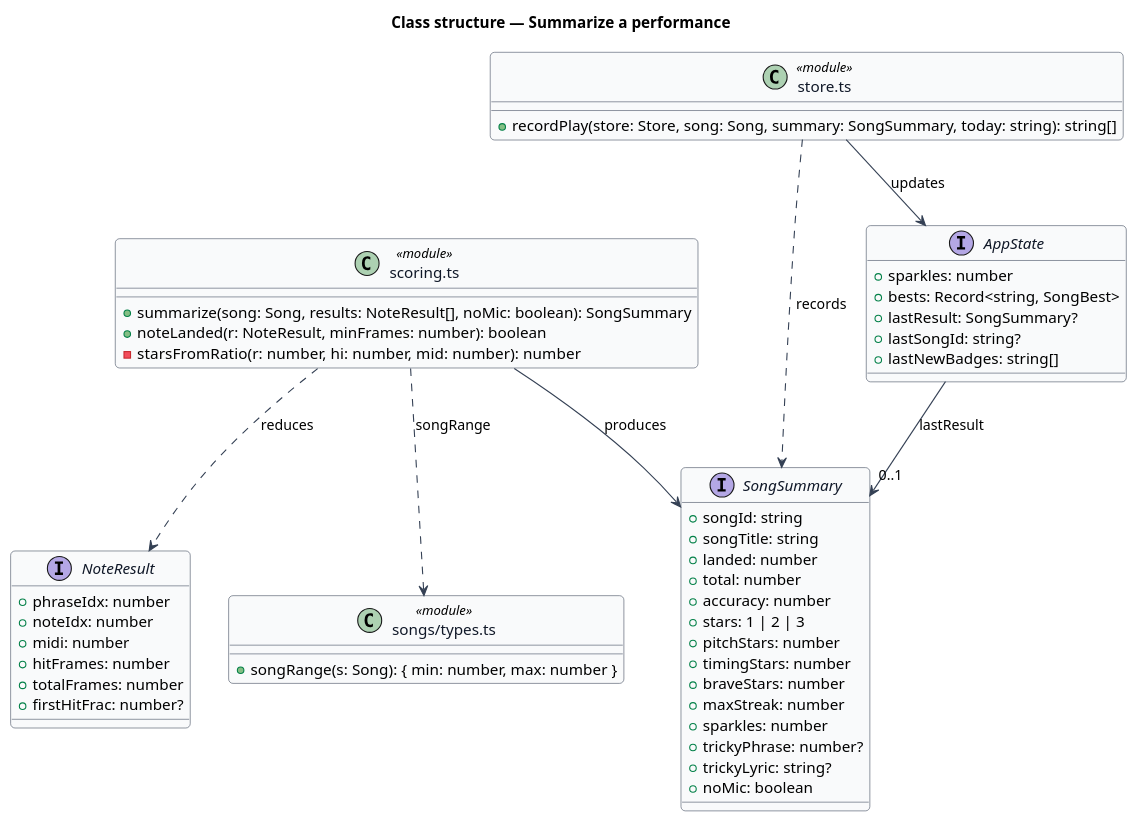
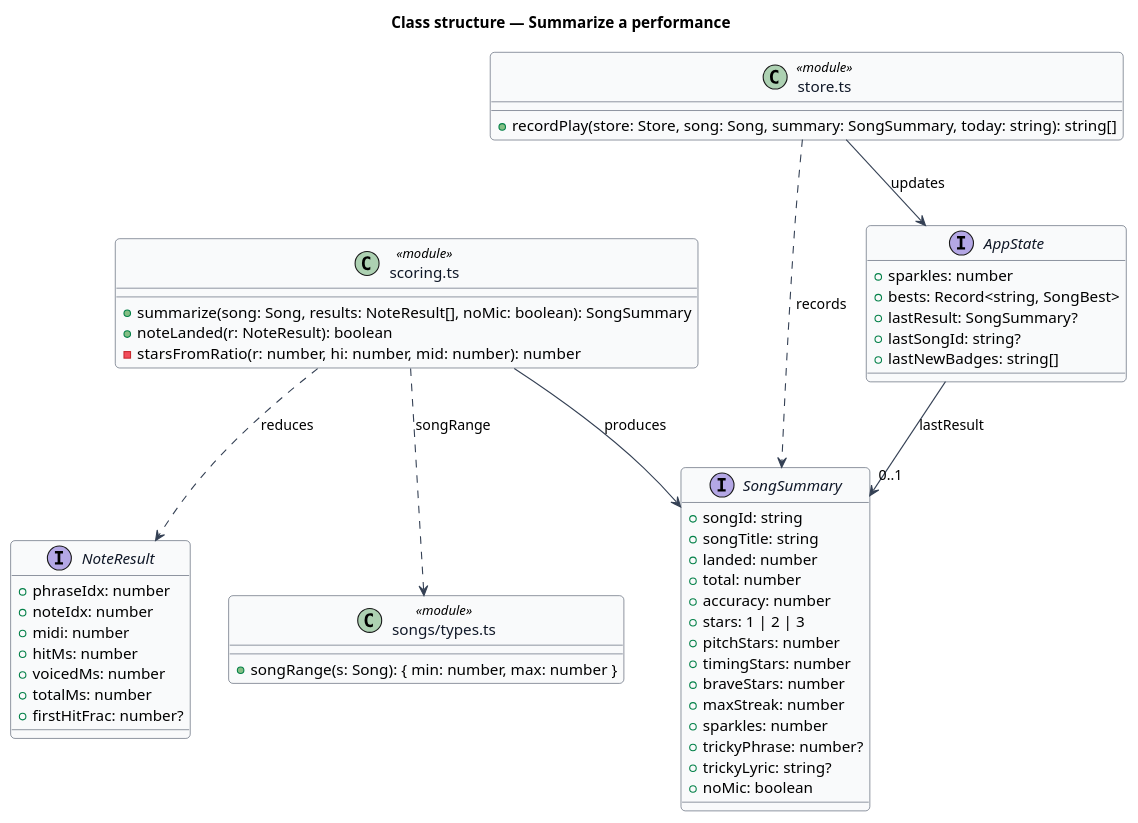
Before and after one commit to QuinntyneBrown/TwinkleTune: the diagram in docs/detailed-designs/scoring-and-results/summarize-performance/diagrams/class-structure.puml, drawn with PlantUML. The commit also changed 31 other files, not shown here.

```diff
--- a/docs/detailed-designs/scoring-and-results/summarize-performance/diagrams/class-structure.puml
+++ b/docs/detailed-designs/scoring-and-results/summarize-performance/diagrams/class-structure.puml
@@ -1,70 +1,71 @@
 @startuml
 ' --- shared skin header ---
 skinparam backgroundColor #FFFFFF
 skinparam shadowing false
 skinparam roundcorner 8
 skinparam defaultFontName Arial
 skinparam ArrowColor #344054
 skinparam class {
   BorderColor #344054
   FontColor #101828
   BackgroundColor #F9FAFB
 }
 ' --------------------------
 title Class structure — Summarize a performance
 
 interface NoteResult {
   +phraseIdx: number
   +noteIdx: number
   +midi: number
-  +hitFrames: number
-  +totalFrames: number
+  +hitMs: number
+  +voicedMs: number
+  +totalMs: number
   +firstHitFrac: number?
 }
 
 interface SongSummary {
   +songId: string
   +songTitle: string
   +landed: number
   +total: number
   +accuracy: number
   +stars: 1 | 2 | 3
   +pitchStars: number
   +timingStars: number
   +braveStars: number
   +maxStreak: number
   +sparkles: number
   +trickyPhrase: number?
   +trickyLyric: string?
   +noMic: boolean
 }
 
 class "scoring.ts" as ScoringMod <<module>> {
   +summarize(song: Song, results: NoteResult[], noMic: boolean): SongSummary
-  +noteLanded(r: NoteResult, minFrames: number): boolean
+  +noteLanded(r: NoteResult): boolean
   -starsFromRatio(r: number, hi: number, mid: number): number
 }
 
 class "songs/types.ts" as SongsMod <<module>> {
   +songRange(s: Song): { min: number, max: number }
 }
 
 class "store.ts" as StoreMod <<module>> {
   +recordPlay(store: Store, song: Song, summary: SongSummary, today: string): string[]
 }
 
 interface AppState {
   +sparkles: number
   +bests: Record<string, SongBest>
   +lastResult: SongSummary?
   +lastSongId: string?
   +lastNewBadges: string[]
 }
 
 ScoringMod ..> NoteResult : reduces
 ScoringMod --> SongSummary : produces
 ScoringMod ..> SongsMod : songRange
 StoreMod ..> SongSummary : records
 StoreMod --> AppState : updates
 AppState --> "0..1" SongSummary : lastResult
 @enduml
```
